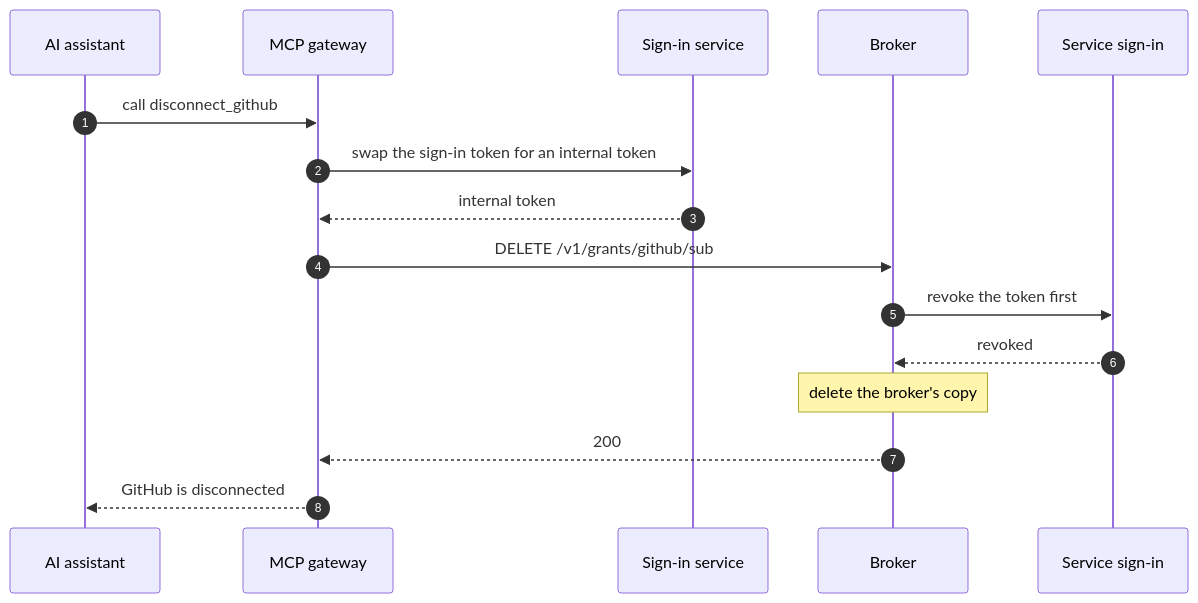
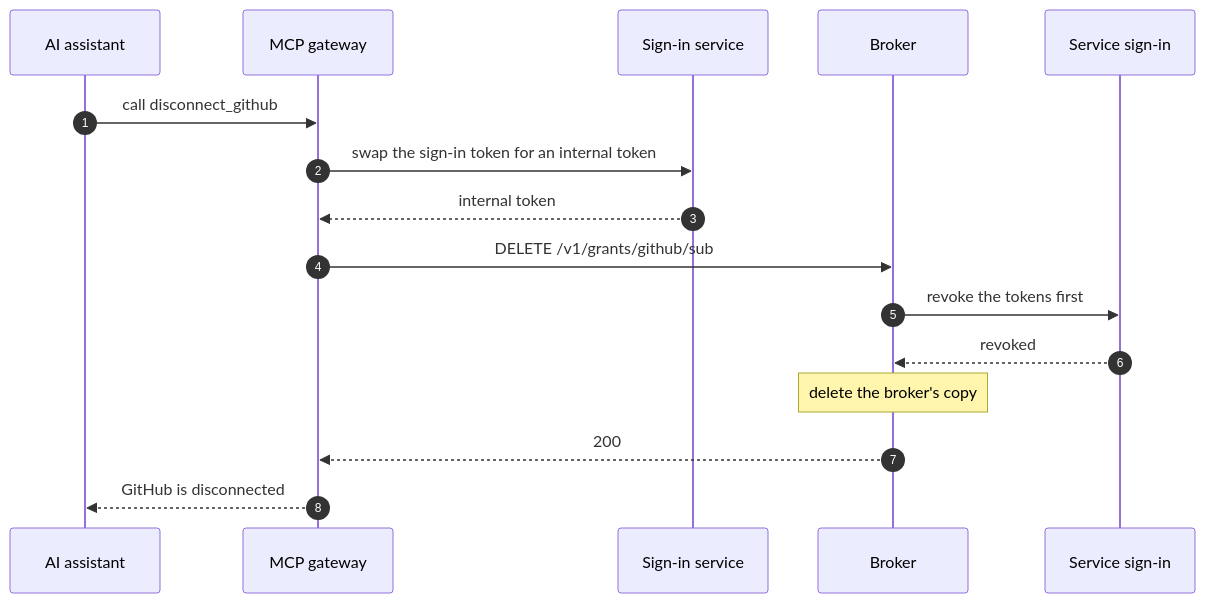
Before and after one commit to chief-builder/vendor-token-broker: the fourth of 5 diagrams in docs/mcp-gateway.md, drawn with Mermaid. The commit also changed other lines of this file and 15 other files, not shown here.

````diff
--- a/docs/mcp-gateway.md
+++ b/docs/mcp-gateway.md
@@ -181,19 +183,19 @@
 ```mermaid
 sequenceDiagram
     autonumber
     participant C as AI assistant
     participant G as MCP gateway
     participant H as Sign-in service
     participant B as Broker
     participant V as Service sign-in
 
     C->>G: call disconnect_github
     G->>H: swap the sign-in token for an internal token
     H-->>G: internal token
     G->>B: DELETE /v1/grants/github/sub
-    B->>V: revoke the token first
+    B->>V: revoke the tokens first
     V-->>B: revoked
     Note over B: delete the broker's copy
     B-->>G: 200
     G-->>C: GitHub is disconnected
 ```
````
